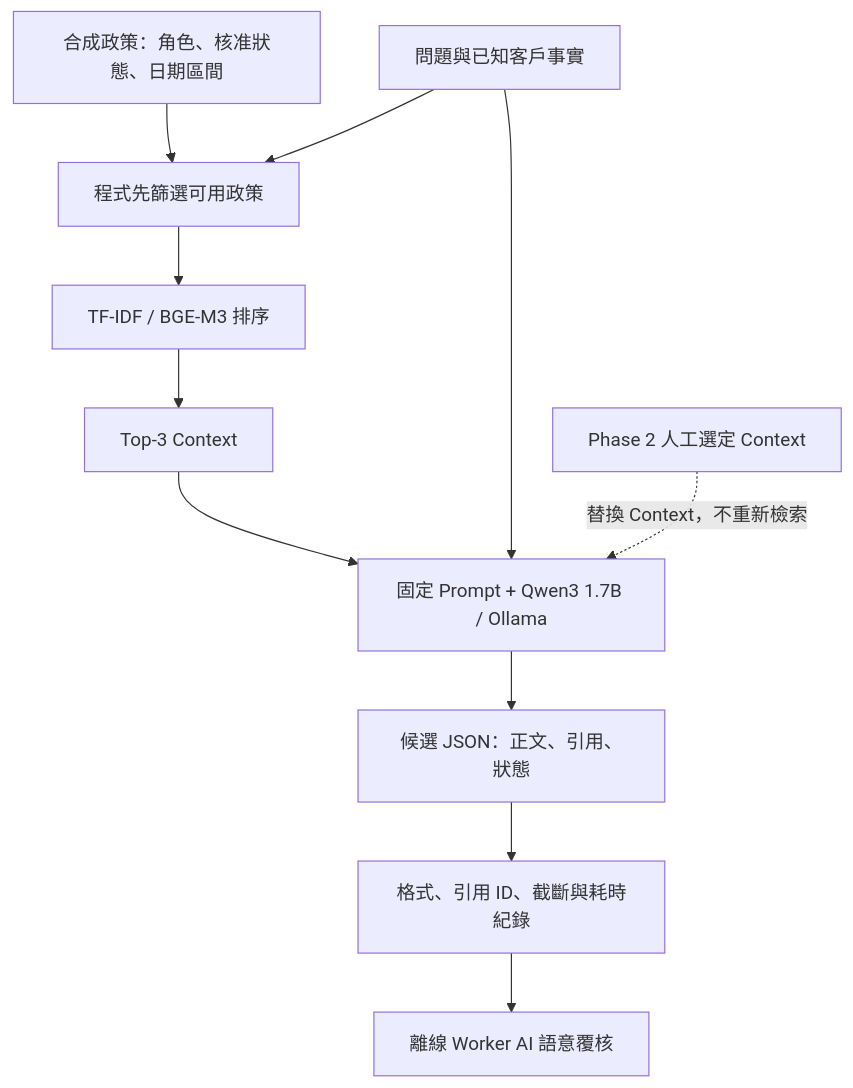
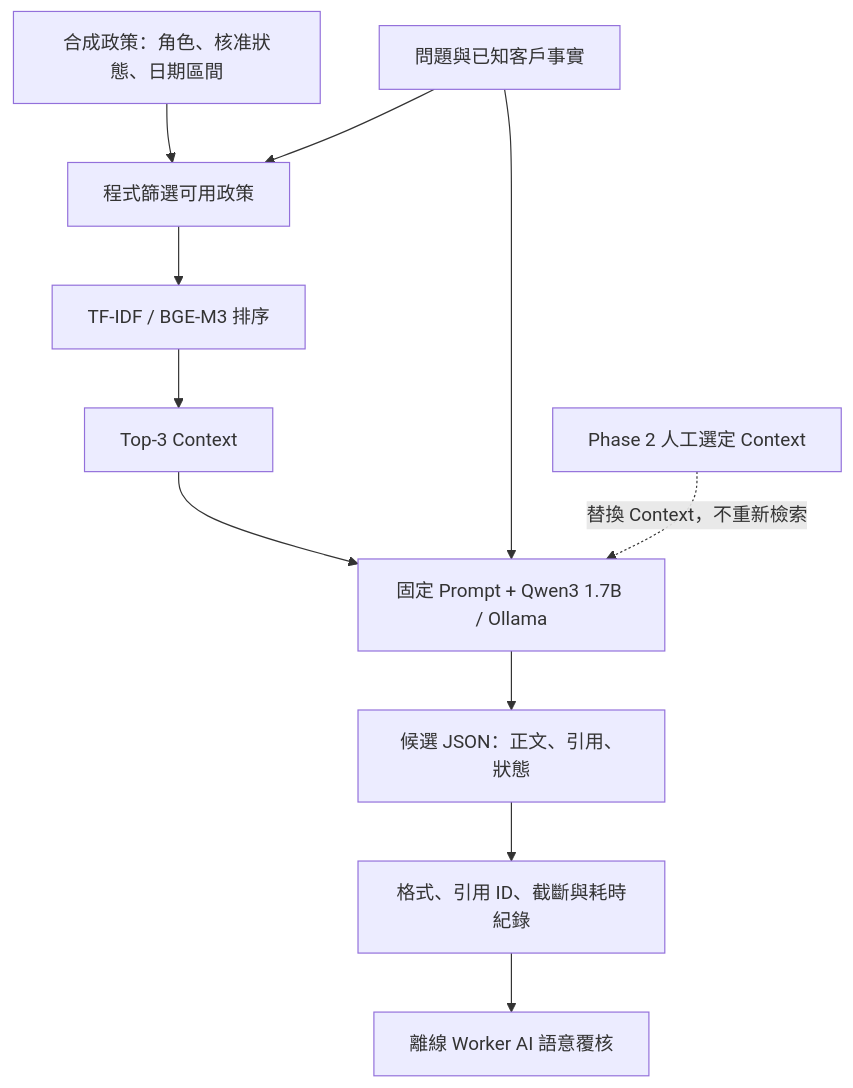
The diagram in src/content/l3/CS07_L3.md (vcstseng/solving-99-problems), drawn with Mermaid before and after one commit. The commit also changed other lines of this file and 3 other files, not shown here.

````diff
--- a/src/content/l3/CS07_L3.md
+++ b/src/content/l3/CS07_L3.md
@@ -10,13 +26,13 @@
 ```mermaid
 flowchart TD
-    A[合成政策：角色、核准狀態、日期區間] --> B[程式先篩選可用政策]
+    A[合成政策：角色、核准狀態、日期區間] --> B[程式篩選可用政策]
     Q[問題與已知客戶事實] --> B
     B --> C[TF-IDF / BGE-M3 排序]
     C --> D[Top-3 Context]
     D --> E[固定 Prompt + Qwen3 1.7B / Ollama]
     Q --> E
     E --> F[候選 JSON：正文、引用、狀態]
     F --> G[格式、引用 ID、截斷與耗時紀錄]
     G --> H[離線 Worker AI 語意覆核]
     J[Phase 2 人工選定 Context] -.替換 Context，不重新檢索.-> E
 ```
````
